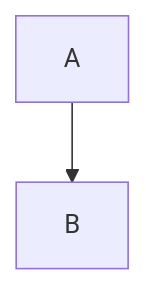
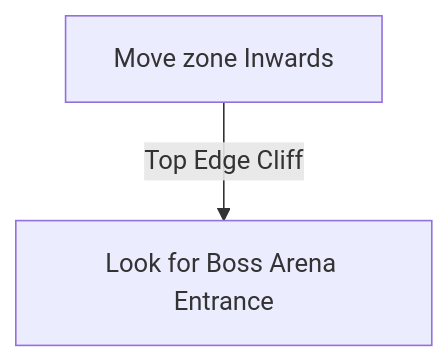
The diagram in docs/PoE2/Act 4/Journey's End.md (FabianS-Privat/CyclonCheatSheetSite), drawn with Mermaid before and after one commit. The commit also changed other lines of this file and 42 other files, not shown here.

````diff
--- a/docs/PoE2/Act 4/Journey's End.md
+++ b/docs/PoE2/Act 4/Journey's End.md
@@ -13,4 +17,4 @@
 ```mermaid
 graph TD;
-A-->B
+A[Move zone Inwards]-->|Top Edge Cliff|B[Look for Boss Arena Entrance]
 ```
````
